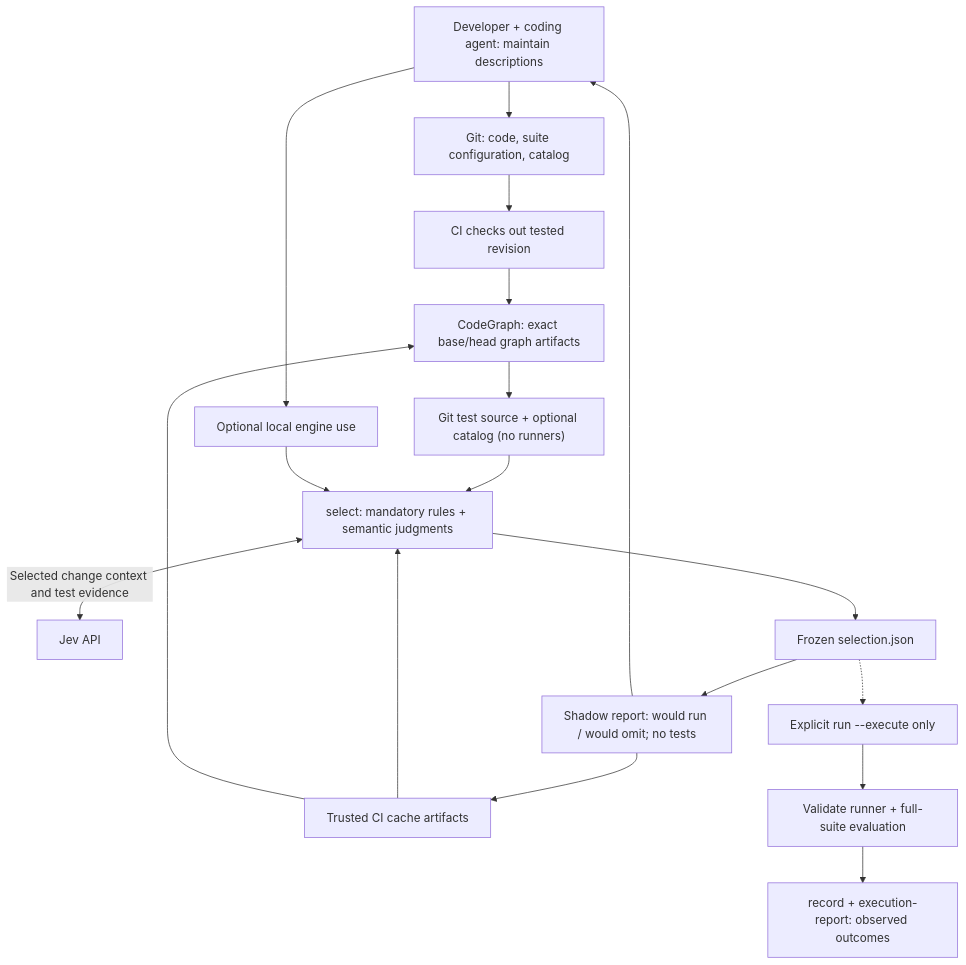
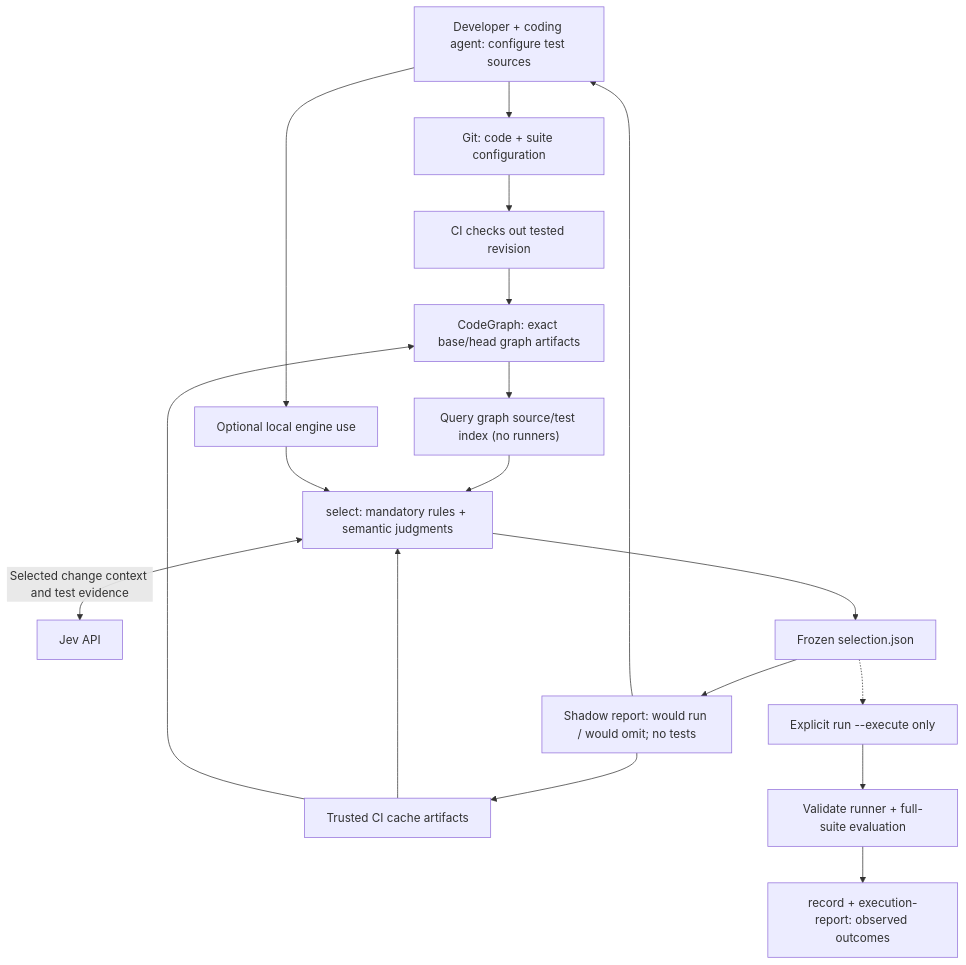
The diagram in PLAN.md (ronaldtebrake/faultline), drawn with Mermaid before and after one commit. The commit also changed other lines of this file and 24 other files, not shown here.

Commit message:
Make graph snapshots the primary test index with shared baselines

````diff
--- a/PLAN.md
+++ b/PLAN.md
@@ -13,20 +13,20 @@
 ```mermaid
 flowchart TD
-    DEV["Developer + coding agent: maintain descriptions"] --> GIT["Git: code, suite configuration, catalog"]
+    DEV["Developer + coding agent: configure test sources"] --> GIT["Git: code + suite configuration"]
     GIT --> CI["CI checks out tested revision"]
     CI --> GRAPH["CodeGraph: exact base/head graph artifacts"]
-    GRAPH --> DISC["Git test source + optional catalog (no runners)"]
+    GRAPH --> DISC["Query graph source/test index (no runners)"]
     DEV --> LOCAL["Optional local engine use"]
     DISC --> SELECT["select: mandatory rules + semantic judgments"]
     LOCAL --> SELECT
     SELECT <-->|"Selected change context and test evidence"| JEV["Jev API"]
     STORE["Trusted CI cache artifacts"] --> SELECT
     STORE --> GRAPH
     SELECT --> FROZEN["Frozen selection.json"]
     FROZEN --> REPORT["Shadow report: would run / would omit; no tests"]
     FROZEN -.-> RUN["Explicit run --execute only"]
     RUN --> RUNNERS["Validate runner + full-suite evaluation"]
     RUNNERS --> OBSERVED["record + execution-report: observed outcomes"]
     REPORT --> STORE
     REPORT --> DEV
 ```
````
